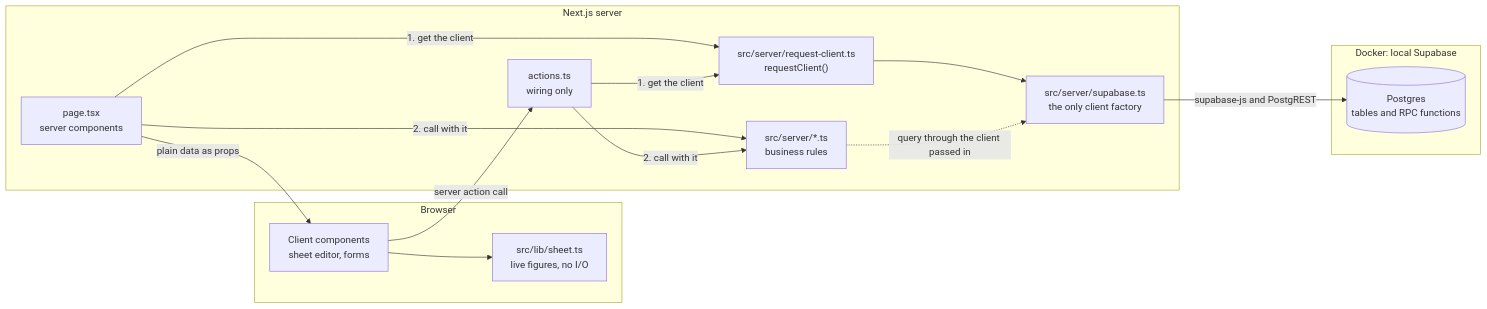
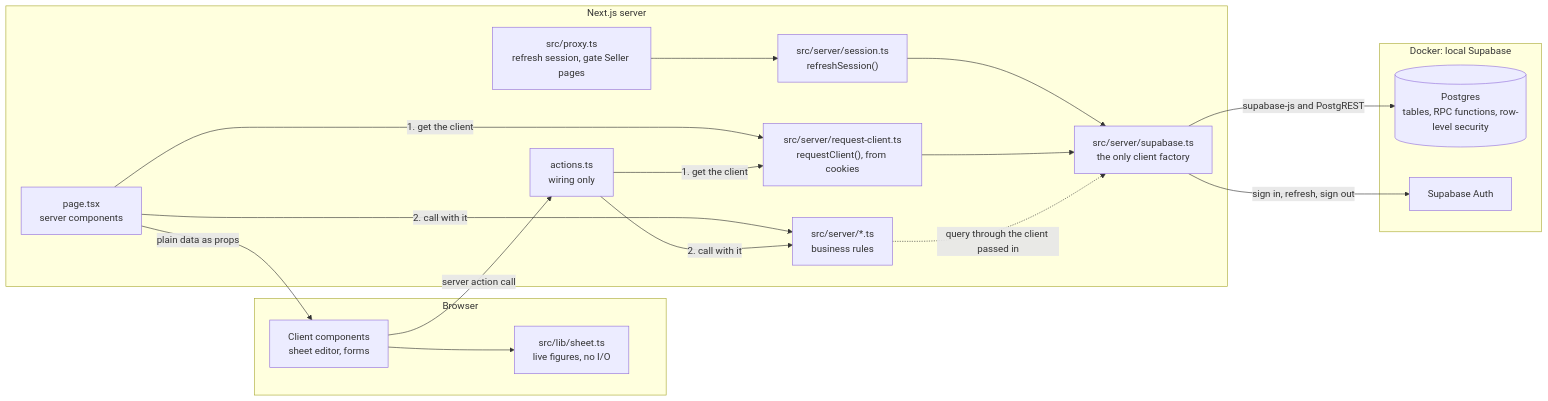
One commit to chuan-khuna/gumrai changed the diagram in docs/documents/architecture.md. Above: the diagram before and after it, drawn with Mermaid. The commit also changed other lines of this file and 7 other files, not shown here.

First line of the commit message:
docs(auth): document sign-in, sessions and row-level security

````diff
--- a/docs/documents/architecture.md
+++ b/docs/documents/architecture.md
@@ -5,27 +5,33 @@
 ```mermaid
 flowchart LR
 	subgraph Browser
 		client["Client components<br/>sheet editor, forms"]
 		lib["src/lib/sheet.ts<br/>live figures, no I/O"]
 		client --> lib
 	end
 	subgraph Server["Next.js server"]
+		proxy["src/proxy.ts<br/>refresh session, gate Seller pages"]
+		session["src/server/session.ts<br/>refreshSession()"]
+		proxy --> session
+		session --> sb
 		pages["page.tsx<br/>server components"]
 		actions["actions.ts<br/>wiring only"]
-		rc["src/server/request-client.ts<br/>requestClient()"]
+		rc["src/server/request-client.ts<br/>requestClient(), from cookies"]
 		rules["src/server/*.ts<br/>business rules"]
 		sb["src/server/supabase.ts<br/>the only client factory"]
 		pages -- "1. get the client" --> rc
 		actions -- "1. get the client" --> rc
 		rc --> sb
 		pages -- "2. call with it" --> rules
 		actions -- "2. call with it" --> rules
 		rules -. "query through the client passed in" .-> sb
 	end
 	subgraph Docker["Docker: local Supabase"]
-		pg[("Postgres<br/>tables and RPC functions")]
+		pg[("Postgres<br/>tables, RPC functions, row-level security")]
+		auth["Supabase Auth"]
 	end
 	client -- "server action call" --> actions
 	pages -- "plain data as props" --> client
 	sb -- "supabase-js and PostgREST" --> pg
+	sb -- "sign in, refresh, sign out" --> auth
 ```
````
